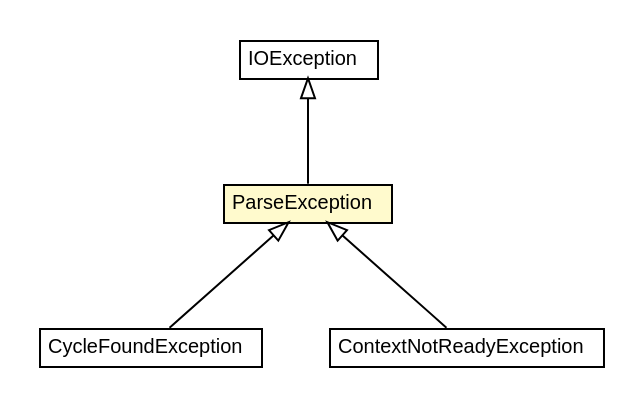
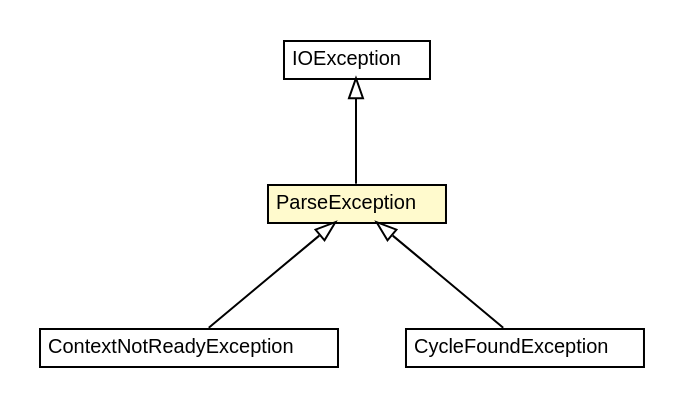
One commit to trajano/jetng changed the diagram in jetng-core/apidocs/net/trajano/jetng/ParseException.dot. Above: the diagram before and after it, drawn with Graphviz. The commit also changed 185 other files, not shown here.

```diff
--- a/jetng-core/apidocs/net/trajano/jetng/ParseException.dot
+++ b/jetng-core/apidocs/net/trajano/jetng/ParseException.dot
@@ -1,42 +1,42 @@
 #!/usr/local/bin/dot
 #
 # Class diagram 
 # Generated by UMLGraph version R5_6-24-gf6e263 (http://www.umlgraph.org/)
 #
 
 digraph G {
-	edge [fontname="arial",fontsize=10,labelfontname="arial",labelfontsize=10];
-	node [fontname="arial",fontsize=10,shape=plaintext];
+	edge [fontname="Helvetica",fontsize=10,labelfontname="Helvetica",labelfontsize=10];
+	node [fontname="Helvetica",fontsize=10,shape=plaintext];
 	nodesep=0.25;
 	ranksep=0.5;
+	// net.trajano.jetng.ContextNotReadyException
+	c150 [label=<<table title="net.trajano.jetng.ContextNotReadyException" border="0" cellborder="1" cellspacing="0" cellpadding="2" port="p" href="./ContextNotReadyException.html">
+		<tr><td><table border="0" cellspacing="0" cellpadding="1">
+<tr><td align="center" balign="center"> ContextNotReadyException </td></tr>
+		</table></td></tr>
+		</table>>, URL="./ContextNotReadyException.html", fontname="Helvetica", fontcolor="black", fontsize=10.0];
 	// net.trajano.jetng.ParseException
-	c151 [label=<<table title="net.trajano.jetng.ParseException" border="0" cellborder="1" cellspacing="0" cellpadding="2" port="p" bgcolor="lemonChiffon" href="./ParseException.html">
+	c154 [label=<<table title="net.trajano.jetng.ParseException" border="0" cellborder="1" cellspacing="0" cellpadding="2" port="p" bgcolor="lemonChiffon" href="./ParseException.html">
 		<tr><td><table border="0" cellspacing="0" cellpadding="1">
 <tr><td align="center" balign="center"> ParseException </td></tr>
 		</table></td></tr>
-		</table>>, URL="./ParseException.html", fontname="arial", fontcolor="black", fontsize=10.0];
+		</table>>, URL="./ParseException.html", fontname="Helvetica", fontcolor="black", fontsize=10.0];
 	// net.trajano.jetng.CycleFoundException
 	c156 [label=<<table title="net.trajano.jetng.CycleFoundException" border="0" cellborder="1" cellspacing="0" cellpadding="2" port="p" href="./CycleFoundException.html">
 		<tr><td><table border="0" cellspacing="0" cellpadding="1">
 <tr><td align="center" balign="center"> CycleFoundException </td></tr>
 		</table></td></tr>
-		</table>>, URL="./CycleFoundException.html", fontname="arial", fontcolor="black", fontsize=10.0];
-	// net.trajano.jetng.ContextNotReadyException
-	c157 [label=<<table title="net.trajano.jetng.ContextNotReadyException" border="0" cellborder="1" cellspacing="0" cellpadding="2" port="p" href="./ContextNotReadyException.html">
-		<tr><td><table border="0" cellspacing="0" cellpadding="1">
-<tr><td align="center" balign="center"> ContextNotReadyException </td></tr>
-		</table></td></tr>
-		</table>>, URL="./ContextNotReadyException.html", fontname="arial", fontcolor="black", fontsize=10.0];
+		</table>>, URL="./CycleFoundException.html", fontname="Helvetica", fontcolor="black", fontsize=10.0];
+	//net.trajano.jetng.ContextNotReadyException extends net.trajano.jetng.ParseException
+	c154:p -> c150:p [dir=back,arrowtail=empty];
 	//net.trajano.jetng.ParseException extends java.io.IOException
-	c162:p -> c151:p [dir=back,arrowtail=empty];
+	c162:p -> c154:p [dir=back,arrowtail=empty];
 	//net.trajano.jetng.CycleFoundException extends net.trajano.jetng.ParseException
-	c151:p -> c156:p [dir=back,arrowtail=empty];
-	//net.trajano.jetng.ContextNotReadyException extends net.trajano.jetng.ParseException
-	c151:p -> c157:p [dir=back,arrowtail=empty];
+	c154:p -> c156:p [dir=back,arrowtail=empty];
 	// java.io.IOException
 	c162 [label=<<table title="java.io.IOException" border="0" cellborder="1" cellspacing="0" cellpadding="2" port="p" href="http://java.sun.com/j2se/1.4.2/docs/api/java/io/IOException.html">
 		<tr><td><table border="0" cellspacing="0" cellpadding="1">
 <tr><td align="center" balign="center"> IOException </td></tr>
 		</table></td></tr>
-		</table>>, URL="http://java.sun.com/j2se/1.4.2/docs/api/java/io/IOException.html", fontname="arial", fontcolor="black", fontsize=10.0];
+		</table>>, URL="http://java.sun.com/j2se/1.4.2/docs/api/java/io/IOException.html", fontname="Helvetica", fontcolor="black", fontsize=10.0];
 }
```
